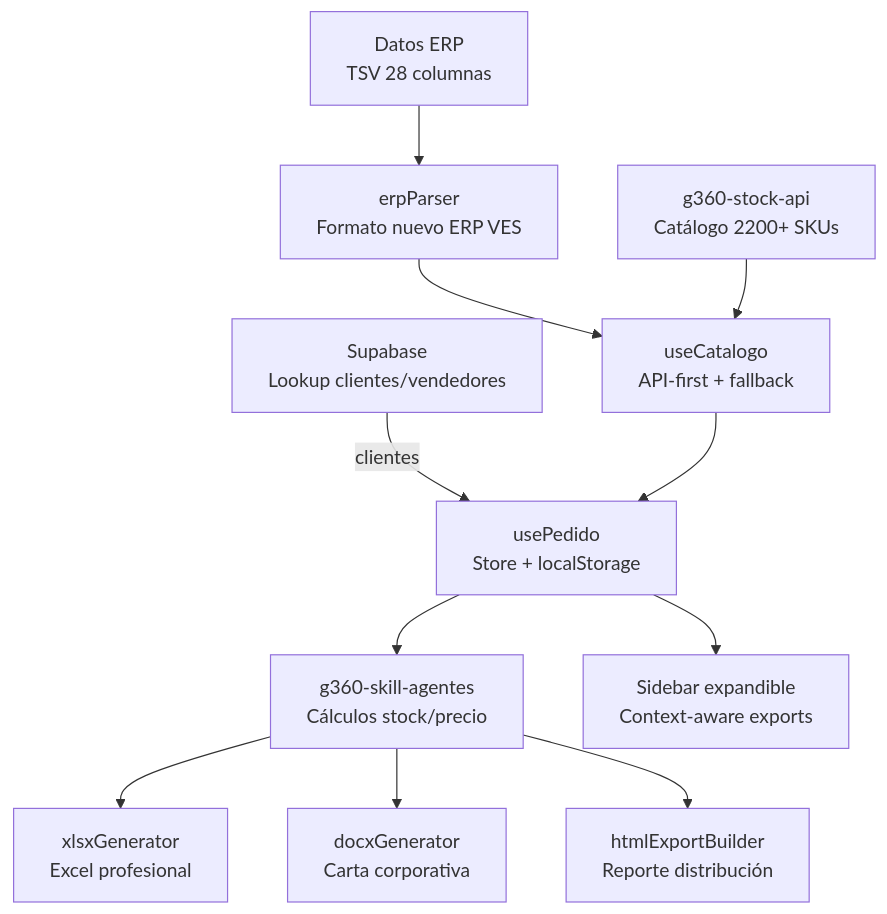
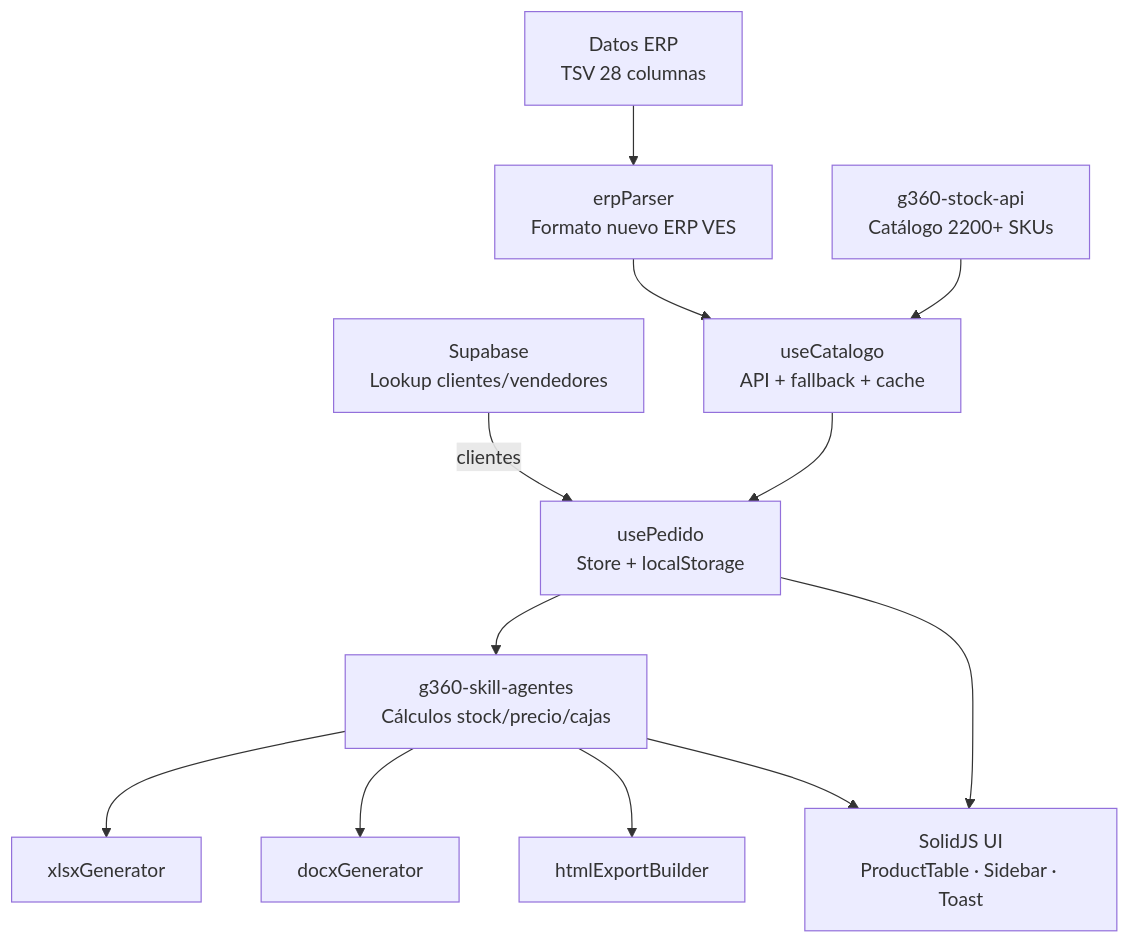
Before and after one commit to carloscus/g360-order-xlsx: the diagram in README.md, drawn with Mermaid. The commit also changed other lines of this file and 12 other files, not shown here.

````diff
--- a/README.md
+++ b/README.md
@@ -16,25 +16,26 @@
 ```mermaid
 flowchart TD
     ERP["Datos ERP<br/>TSV 28 columnas"]
     SUPABASE["Supabase<br/>Lookup clientes/vendedores"]
     PARSER["erpParser<br/>Formato nuevo ERP VES"]
     API["g360-stock-api<br/>Catálogo 2200+ SKUs"]
-    CATALOG["useCatalogo<br/>API-first + fallback"]
+    CATALOG["useCatalogo<br/>API + fallback + cache"]
     STATE["usePedido<br/>Store + localStorage"]
-    AGENTS["g360-skill-agentes<br/>Cálculos stock/precio"]
-    XLSX["xlsxGenerator<br/>Excel profesional"]
-    DOCX["docxGenerator<br/>Carta corporativa"]
-    HTML["htmlExportBuilder<br/>Reporte distribución"]
-    UI["Sidebar expandible<br/>Context-aware exports"]
+    AGENTS["g360-skill-agentes<br/>Cálculos stock/precio/cajas"]
+    XLSX["xlsxGenerator"]
+    DOCX["docxGenerator"]
+    HTML["htmlExportBuilder"]
+    UI["SolidJS UI<br/>ProductTable · Sidebar · Toast"]
 
     ERP --> PARSER
     SUPABASE -->|clientes| STATE
     PARSER --> CATALOG
     API --> CATALOG
     CATALOG --> STATE
     STATE --> AGENTS
     AGENTS --> XLSX
     AGENTS --> DOCX
     AGENTS --> HTML
     STATE --> UI
+    AGENTS --> UI
 ```
````
